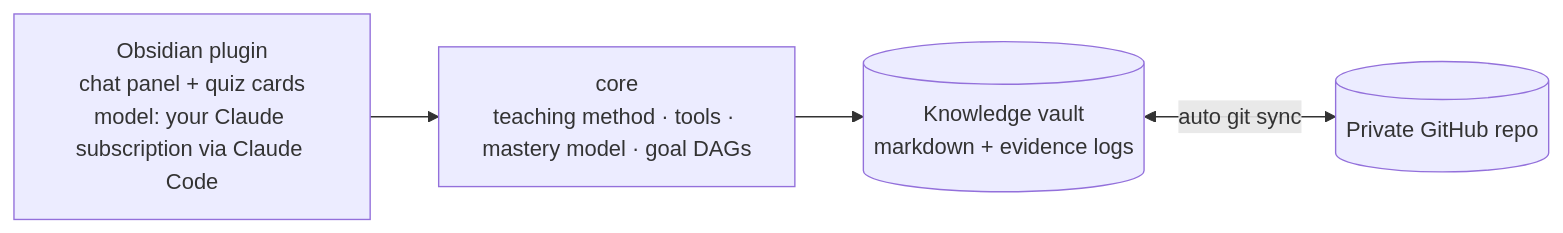
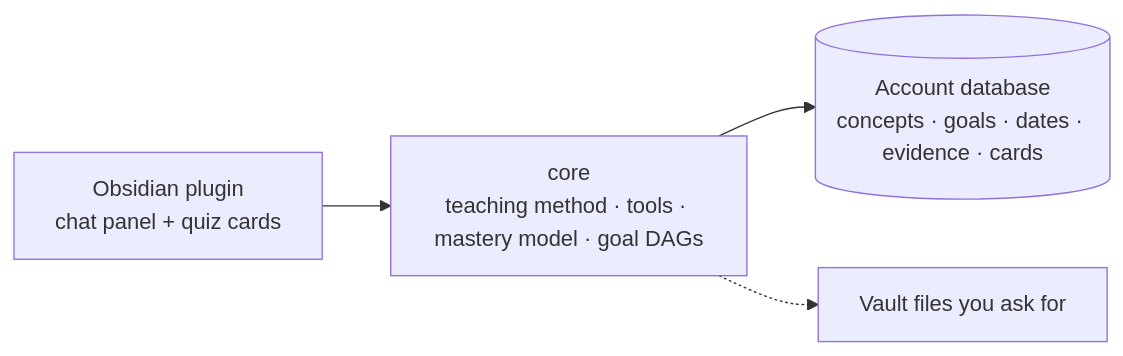
Before and after one commit to JonathanHarris15/Groundwork: the diagram in README.md, drawn with Mermaid. The commit also changed other lines of this file and 11 other files, not shown here.

````diff
--- a/README.md
+++ b/README.md
@@ -38,10 +38,10 @@
 ```mermaid
 graph LR
-  P[Obsidian plugin<br/>chat panel + quiz cards<br/>model: your Claude subscription via Claude Code]
+  P[Obsidian plugin<br/>chat panel + quiz cards]
   C[core<br/>teaching method · tools · mastery model · goal DAGs]
-  V[(Knowledge vault<br/>markdown + evidence logs)]
-  G[(Private GitHub repo)]
+  A[(Account database<br/>concepts · goals · dates · evidence · cards)]
+  V[Vault files you ask for]
   P --> C
-  C --> V
-  V <-->|auto git sync| G
+  C --> A
+  C -.-> V
 ```
````
